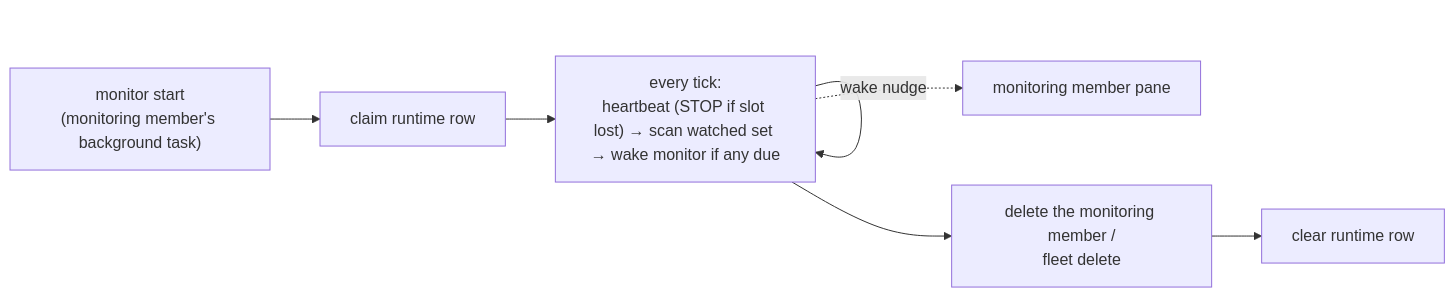
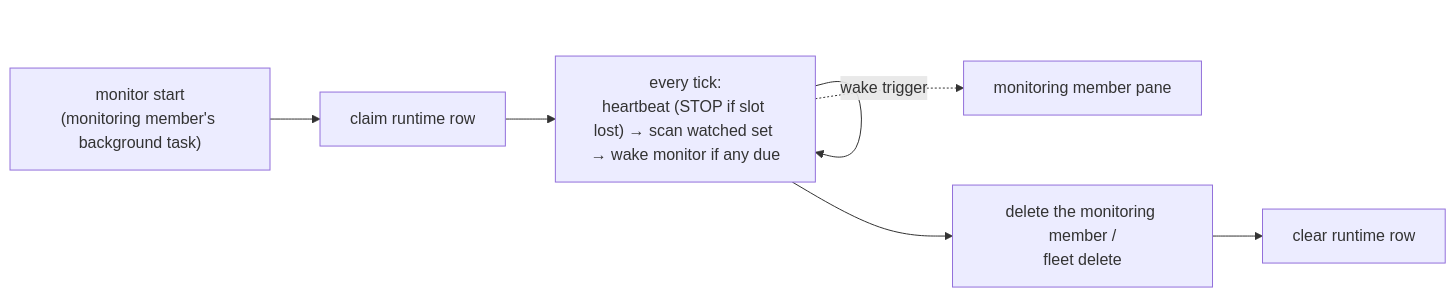
Before and after one commit to himkt/cafleet: the diagram in docs/concepts/monitoring.md, drawn with Mermaid. The commit also changed other lines of this file and 30 other files, not shown here.

````diff
--- a/docs/concepts/monitoring.md
+++ b/docs/concepts/monitoring.md
@@ -162,10 +179,10 @@
 ```mermaid
 %%{init: {'theme': 'default', 'themeVariables': {'fontSize': '16px'}}}%%
 flowchart LR
     Start["monitor start<br/>(monitoring member's background task)"] --> Claim["claim runtime row"]
     Claim --> Tick["every tick:<br/>heartbeat (STOP if slot lost) → scan watched set → wake monitor if any due"]
     Tick --> Tick
     Tick --> Stop["delete the monitoring member /<br/>fleet delete"]
     Stop --> Clear["clear runtime row"]
-    Tick -. wake nudge .-> PaneMon["monitoring member pane"]
+    Tick -. wake trigger .-> PaneMon["monitoring member pane"]
 ```
````
